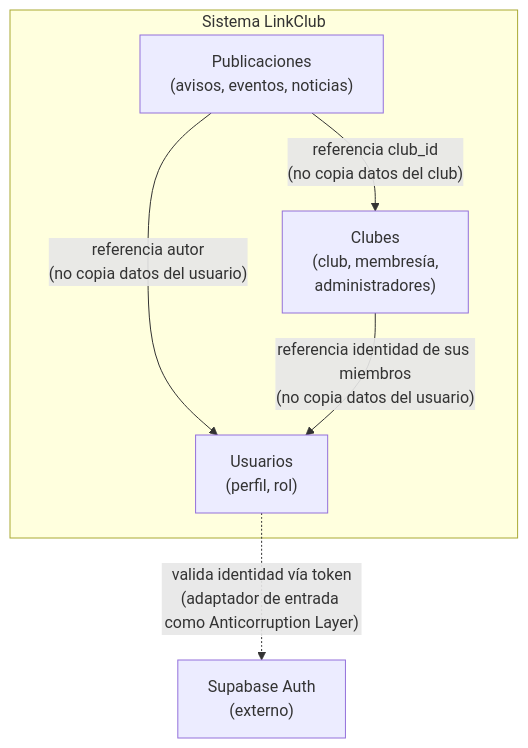
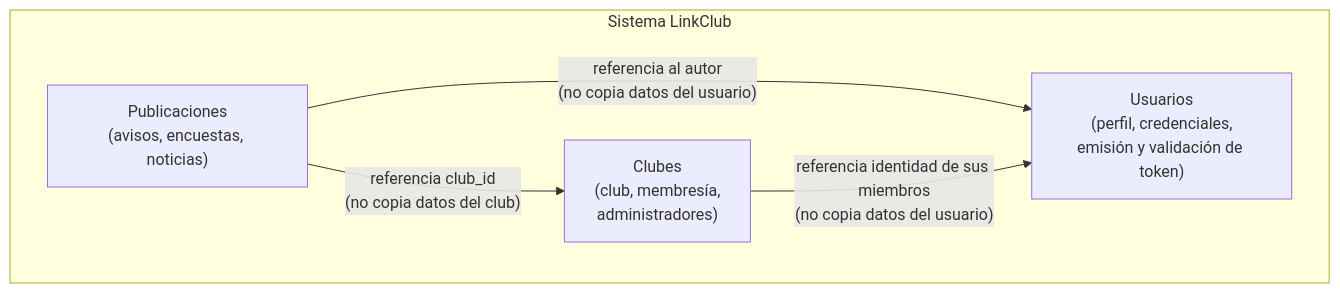
Before and after one commit to ISCOUTB/AS_202620_Clubs_UTB: the diagram in docs/arc42/mapa-contextos-fundamentacion.md, drawn with Mermaid. The commit also changed other lines of this file and 15 other files, not shown here.

````diff
--- a/docs/arc42/mapa-contextos-fundamentacion.md
+++ b/docs/arc42/mapa-contextos-fundamentacion.md
@@ -16,15 +15,12 @@
 ```mermaid
 graph TB
     subgraph LinkClub["Sistema LinkClub"]
         Clubes["Clubes<br/>(club, membresía,<br/>administradores)"]
-        Publicaciones["Publicaciones<br/>(avisos, eventos, noticias)"]
-        Usuarios["Usuarios<br/>(perfil, rol)"]
+        Publicaciones["Publicaciones<br/>(avisos, encuestas, noticias)"]
+        Usuarios["Usuarios<br/>(perfil, credenciales,<br/>emisión y validación de token)"]
     end
 
-    SupabaseAuth["Supabase Auth<br/>(externo)"]
-
     Publicaciones -->|"referencia club_id<br/>(no copia datos del club)"| Clubes
-    Publicaciones -->|"referencia autor<br/>(no copia datos del usuario)"| Usuarios
+    Publicaciones -->|"referencia al autor<br/>(no copia datos del usuario)"| Usuarios
     Clubes -->|"referencia identidad de sus miembros<br/>(no copia datos del usuario)"| Usuarios
-    Usuarios -.->|"valida identidad vía token<br/>(adaptador de entrada como Anticorruption Layer)"| SupabaseAuth
 ```
````
